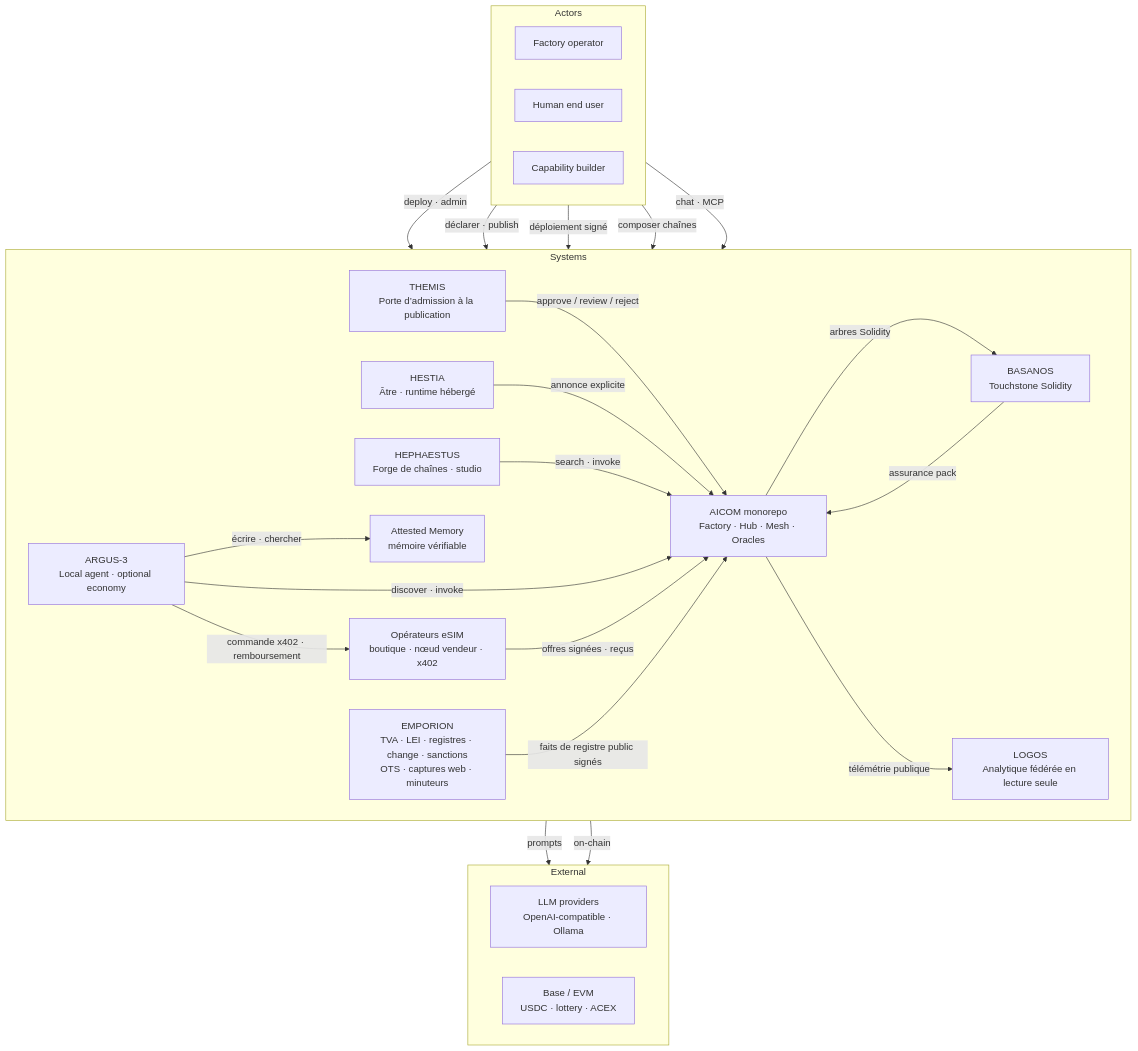
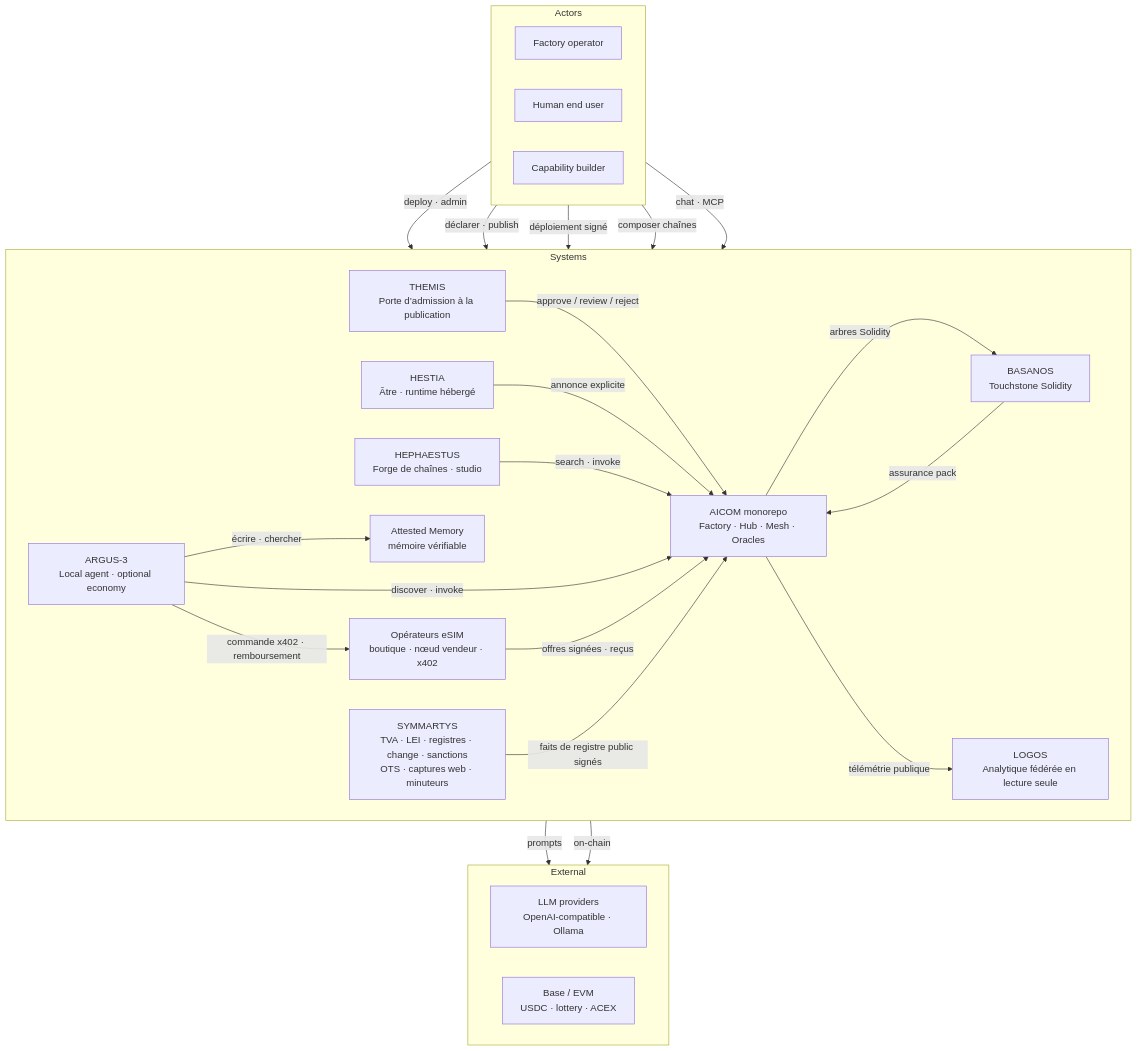
One commit to alexar76/aicom changed the second of 5 diagrams in docs/ecosystem/whitepaper/fr.md. Above: the diagram before and after it, drawn with Mermaid. The commit also changed other lines of this file and 3320 other files, not shown here.

````diff
--- a/docs/ecosystem/whitepaper/fr.md
+++ b/docs/ecosystem/whitepaper/fr.md
@@ -149,48 +149,48 @@
 ```mermaid
 flowchart TB
   subgraph actors["Actors"]
     direction LR
     operator["Factory operator"]
     enduser["Human end user"]
     builder["Capability builder"]
   end
 
   subgraph systems["Systems"]
     direction LR
     aicom["AICOM monorepo<br/>Factory · Hub · Mesh · Oracles"]
     themis["THEMIS<br/>Porte d’admission à la publication"]
     hestia["HESTIA<br/>Âtre · runtime hébergé"]
     basanos["BASANOS<br/>Touchstone Solidity"]
     hephaestus["HEPHAESTUS<br/>Forge de chaînes · studio"]
     logos["LOGOS<br/>Analytique fédérée en lecture seule"]
     argus["ARGUS-3<br/>Local agent · optional economy"]
     memory["Attested Memory<br/>mémoire vérifiable"]
     esim["Opérateurs eSIM<br/>boutique · nœud vendeur · x402"]
-    emporion["EMPORION<br/>TVA · LEI · registres · change · sanctions<br/>OTS · captures web · minuteurs"]
+    symmartys["SYMMARTYS<br/>TVA · LEI · registres · change · sanctions<br/>OTS · captures web · minuteurs"]
   end
 
   subgraph external["External"]
     direction LR
     llm["LLM providers<br/>OpenAI-compatible · Ollama"]
     chain["Base / EVM<br/>USDC · lottery · ACEX"]
   end
 
   operator -->|deploy · admin| aicom
   builder -->|déclarer · publish| themis
   themis -->|"approve / review / reject"| aicom
   builder -->|déploiement signé| hestia
   hestia -->|annonce explicite| aicom
   enduser -->|composer chaînes| hephaestus
   hephaestus -->|search · invoke| aicom
   aicom -->|arbres Solidity| basanos
   basanos -->|assurance pack| aicom
   enduser -->|chat · MCP| argus
   argus -->|discover · invoke| aicom
   argus -->|écrire · chercher| memory
   argus -->|commande x402 · remboursement| esim
   esim -->|offres signées · reçus| aicom
-  emporion -->|faits de registre public signés| aicom
+  symmartys -->|faits de registre public signés| aicom
   aicom -->|télémétrie publique| logos
   aicom -->|prompts| llm
   aicom -->|on-chain| chain
 ```
````
